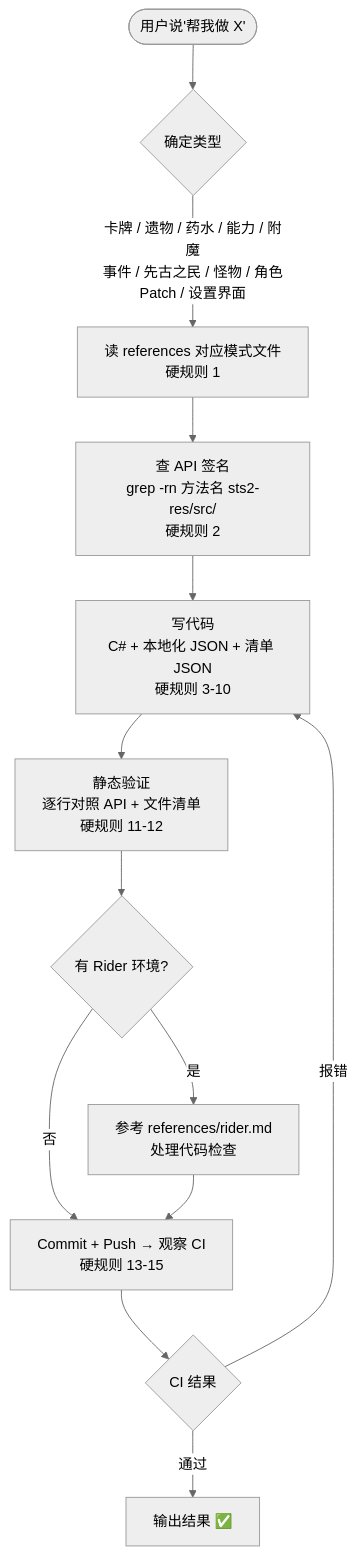
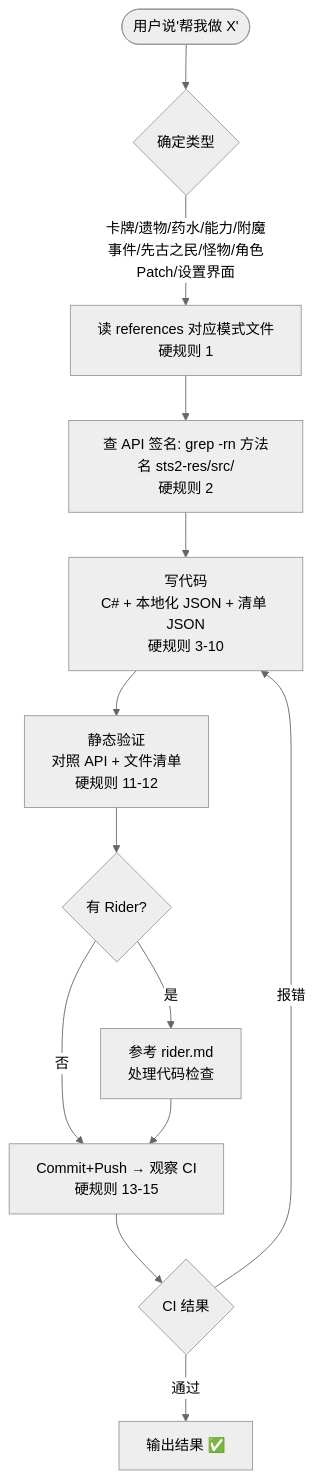
Before and after one commit to yehuoshun/slay-the-spire-2-mod-skill: the diagram in SKILL.md, drawn with Mermaid (neutral theme). The commit also changed other lines of this file and 82 other files, not shown here.

````diff
--- a/SKILL.md
+++ b/SKILL.md
@@ -39,15 +39,15 @@
 ```mermaid
 graph TD
     A(["用户说'帮我做 X'"]) --> B{确定类型}
-    B -->|卡牌 / 遗物 / 药水 / 能力 / 附魔<br>事件 / 先古之民 / 怪物 / 角色<br>Patch / 设置界面| C[读 references 对应模式文件<br>硬规则 1]
-    C --> D[查 API 签名<br>grep -rn 方法名 sts2-res/src/<br>硬规则 2]
+    B -->|卡牌/遗物/药水/能力/附魔<br>事件/先古之民/怪物/角色<br>Patch/设置界面| C[读 references 对应模式文件<br>硬规则 1]
+    C --> D[查 API 签名: grep -rn 方法名 sts2-res/src/<br>硬规则 2]
     D --> E[写代码<br>C# + 本地化 JSON + 清单 JSON<br>硬规则 3-10]
-    E --> F[静态验证<br>逐行对照 API + 文件清单<br>硬规则 11-12]
-    F --> G{有 Rider 环境?}
-    G -->|是| H[参考 references/rider.md<br>处理代码检查]
-    G -->|否| I[Commit + Push → 观察 CI<br>硬规则 13-15]
+    E --> F[静态验证<br>对照 API + 文件清单<br>硬规则 11-12]
+    F --> G{有 Rider?}
+    G -->|是| H[参考 rider.md<br>处理代码检查]
+    G -->|否| I[Commit+Push → 观察 CI<br>硬规则 13-15]
     H --> I
     I --> J{CI 结果}
     J -->|通过| K[输出结果 ✅]
     J -->|报错| E
 ```
````
